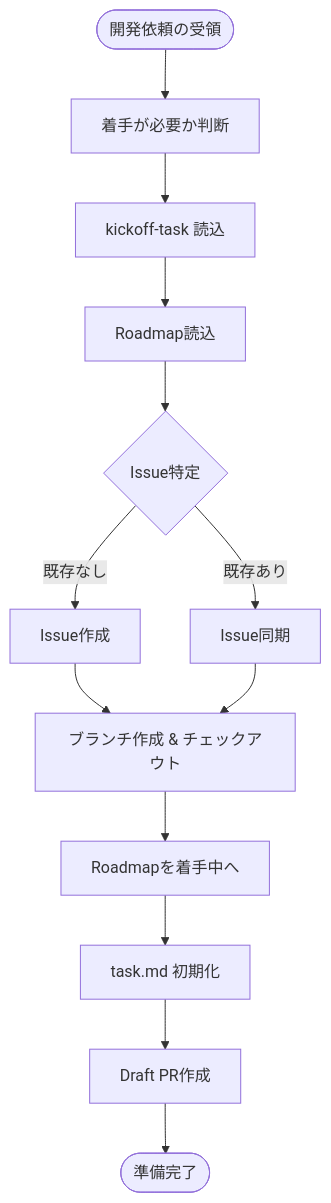
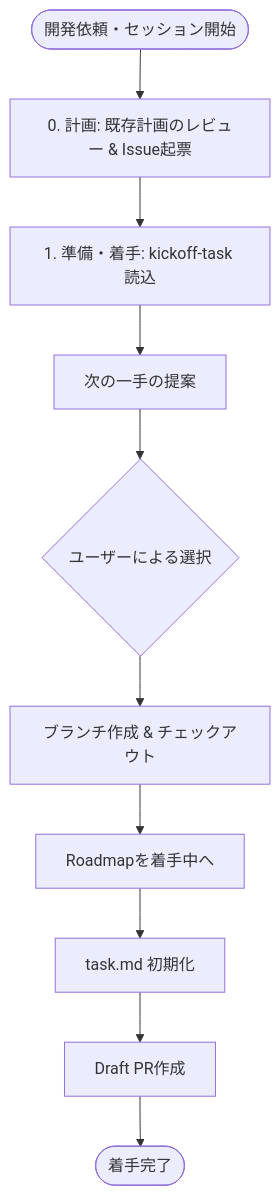
The third of 4 diagrams in docs/workflow/design.md (asabon/antigravity-workflow), drawn with Mermaid before and after one commit. The commit also changed other lines of this file, not shown here.

Commit message:
docs: 繝ｯ繝ｼ繧ｯ繝輔Ο繝ｼ險ｭ險亥峙縺ｮ菴懈・縺ｨ AI Skill 縺ｮ豢礼ｷｴ (髫主ｱ､逧・憾諷区 shot)

````diff
--- a/docs/workflow/design.md
+++ b/docs/workflow/design.md
@@ -60,15 +87,12 @@
 ```mermaid
 flowchart TD
-    Start([開発依頼の受領]) --> DecideKickoff[着手が必要か判断]
-    DecideKickoff --> ReadSkill[kickoff-task 読込]
-    ReadSkill --> ReadRoadmap[Roadmap読込]
-    ReadRoadmap --> IdentifyIssue{Issue特定}
-    IdentifyIssue -- 既存なし --> CreateIssue[Issue作成]
-    IdentifyIssue -- 既存あり --> SyncIssue[Issue同期]
-    CreateIssue --> CreateBranch[ブランチ作成 & チェックアウト]
-    SyncIssue --> CreateBranch
+    Start([開発依頼・セッション開始]) --> ReviewPlan[0. 計画: 既存計画のレビュー & Issue起票]
+    ReviewPlan --> ReadSkill[1. 準備・着手: kickoff-task 読込]
+    ReadSkill --> ProposeIssue[次の一手の提案]
+    ProposeIssue --> SelectIssue{ユーザーによる選択}
+    SelectIssue --> CreateBranch[ブランチ作成 & チェックアウト]
     CreateBranch --> UpdateRoadmap[Roadmapを着手中へ]
     UpdateRoadmap --> InitTaskMD[task.md 初期化]
     InitTaskMD --> DraftPR[Draft PR作成]
-    DraftPR --> End([準備完了])
+    DraftPR --> End([着手完了])
 ```
````
